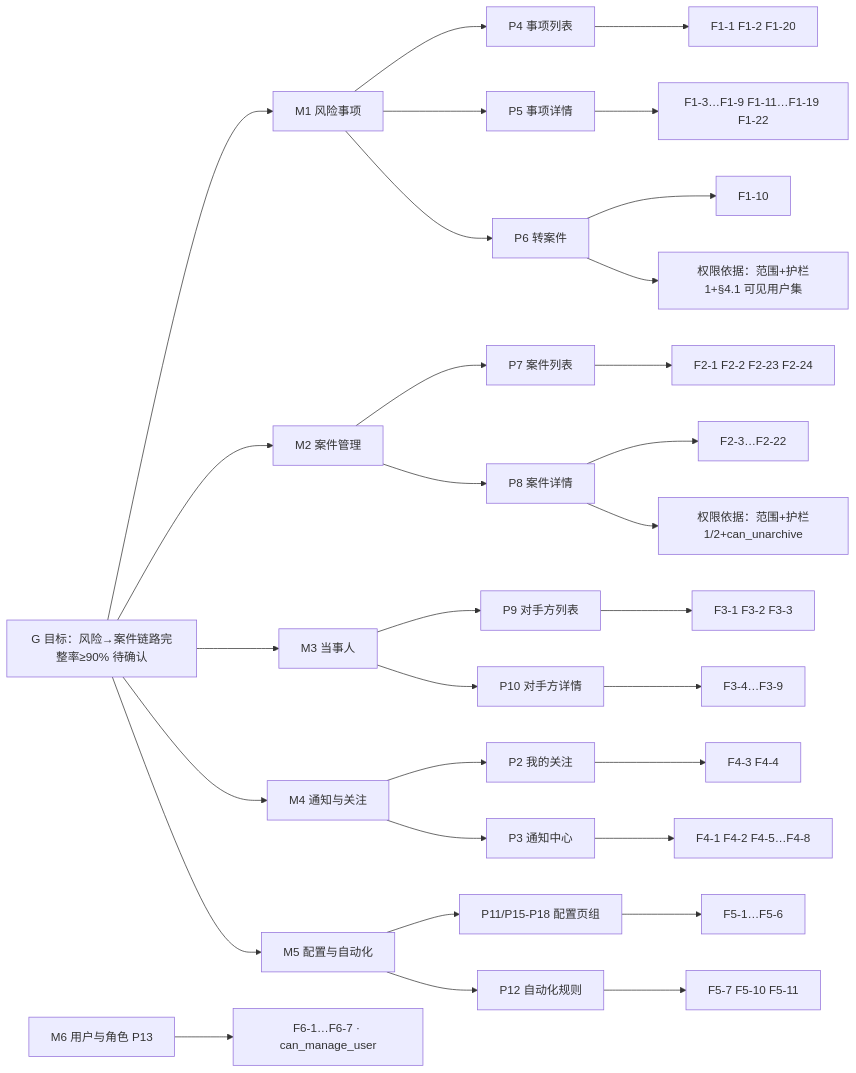
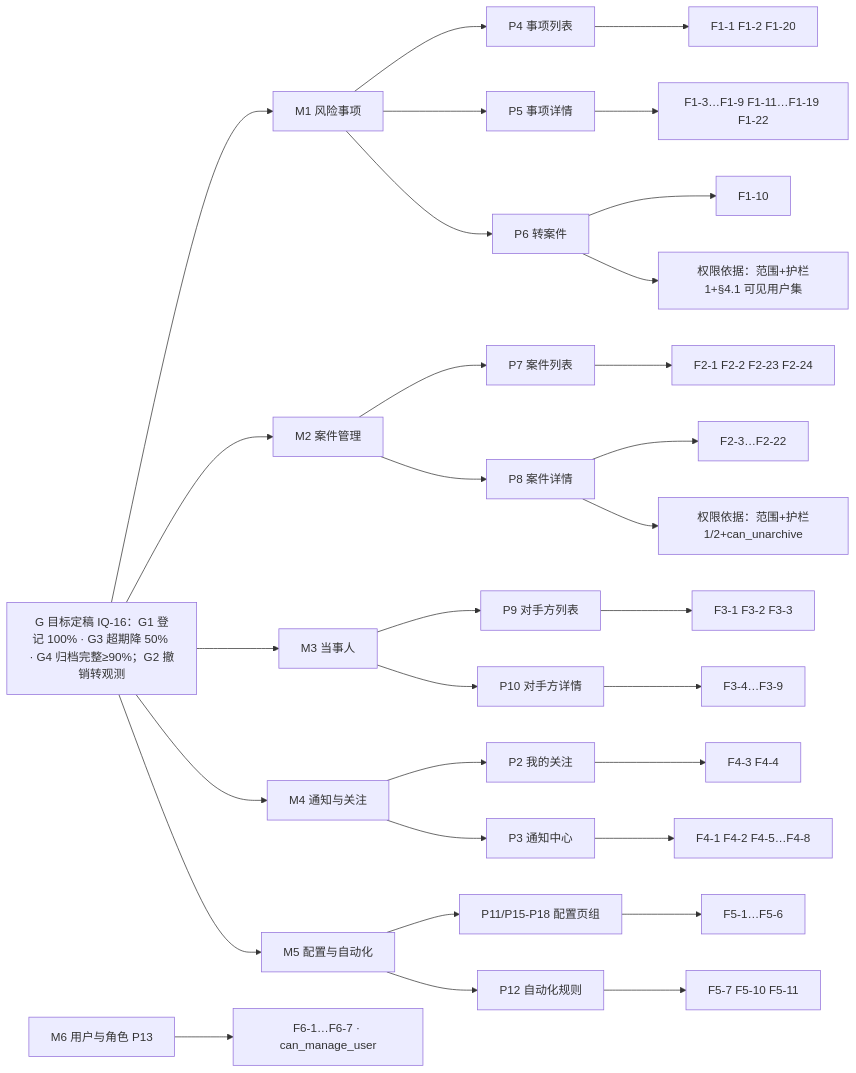
The second of 2 diagrams in docs/PRD-phase1-master.md (PhinnPeng/MatterNest), drawn with Mermaid before and after one commit. The commit also changed other lines of this file and 3 other files, not shown here.

````diff
--- a/docs/PRD-phase1-master.md
+++ b/docs/PRD-phase1-master.md
@@ -422,22 +427,22 @@
 ```mermaid
 flowchart LR
-  G[G 目标：风险→案件链路完整率≥90% 待确认] --> M1[M1 风险事项]
+  G[G 目标定稿 IQ-16：G1 登记 100% · G3 超期降 50% · G4 归档完整≥90%；G2 撤销转观测] --> M1[M1 风险事项]
   G --> M2[M2 案件管理]
   G --> M3[M3 当事人]
   G --> M4[M4 通知与关注]
   G --> M5[M5 配置与自动化]
   M1 --> P4[P4 事项列表] --> F1a[F1-1 F1-2 F1-20]
   M1 --> P5[P5 事项详情] --> F1b[F1-3…F1-9 F1-11…F1-19 F1-22]
   M1 --> P6[P6 转案件] --> F1c[F1-10]
   M2 --> P7[P7 案件列表] --> F2a[F2-1 F2-2 F2-23 F2-24]
   M2 --> P8[P8 案件详情] --> F2b[F2-3…F2-22]
   M3 --> P9[P9 对手方列表] --> F3a[F3-1 F3-2 F3-3]
   M3 --> P10[P10 对手方详情] --> F3b[F3-4…F3-9]
   M4 --> P2[P2 我的关注] --> F4a[F4-3 F4-4]
   M4 --> P3[P3 通知中心] --> F4b[F4-1 F4-2 F4-5…F4-8]
   M5 --> P11[P11/P15-P18 配置页组] --> F5a[F5-1…F5-6]
   M5 --> P12[P12 自动化规则] --> F5b[F5-7 F5-10 F5-11]
   P6 --> PR[权限依据：范围+护栏1+§4.1 可见用户集]
   P8 --> PR2[权限依据：范围+护栏1/2+can_unarchive]
   P13[M6 用户与角色 P13] --> F6[F6-1…F6-7 · can_manage_user]
 ```
````
